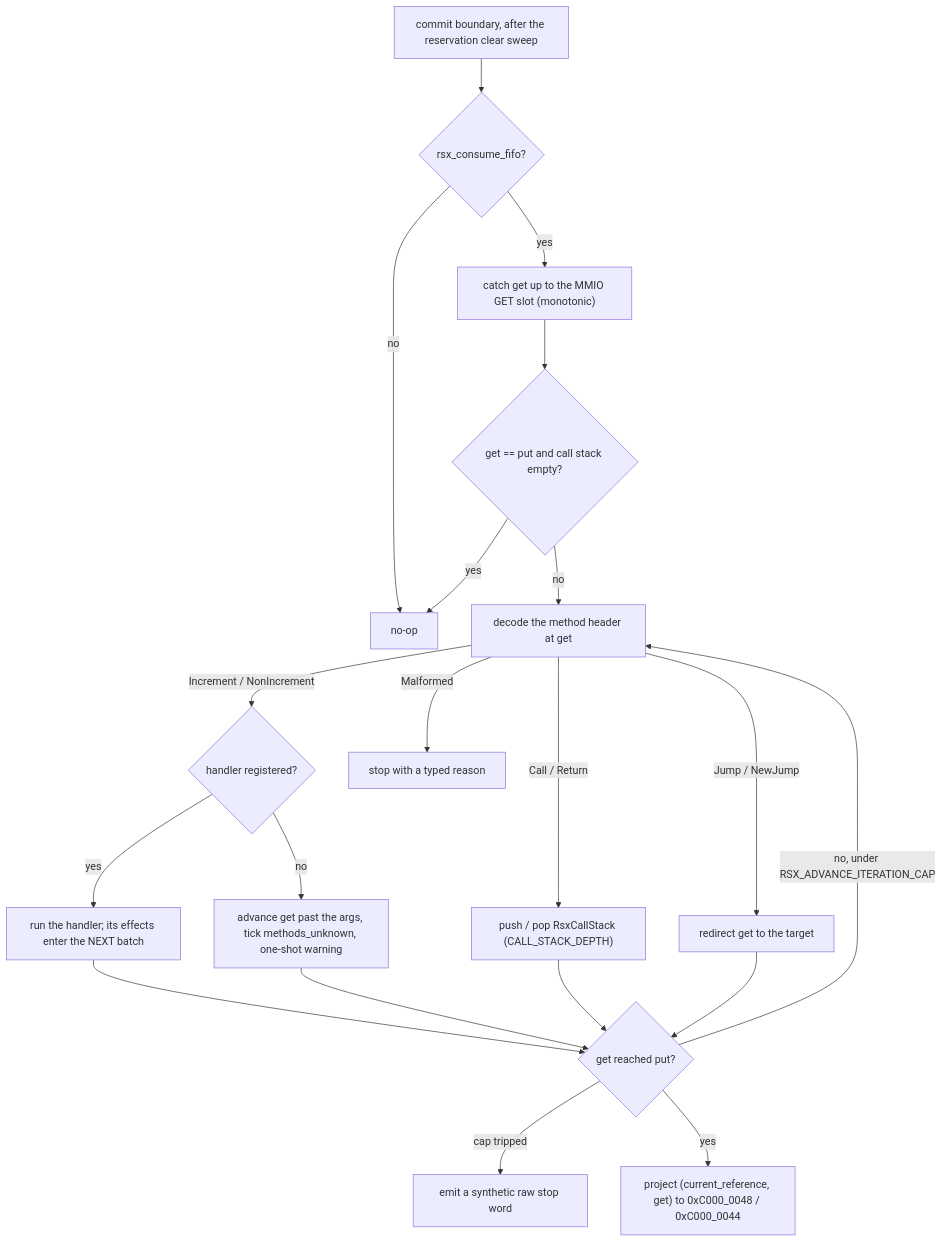
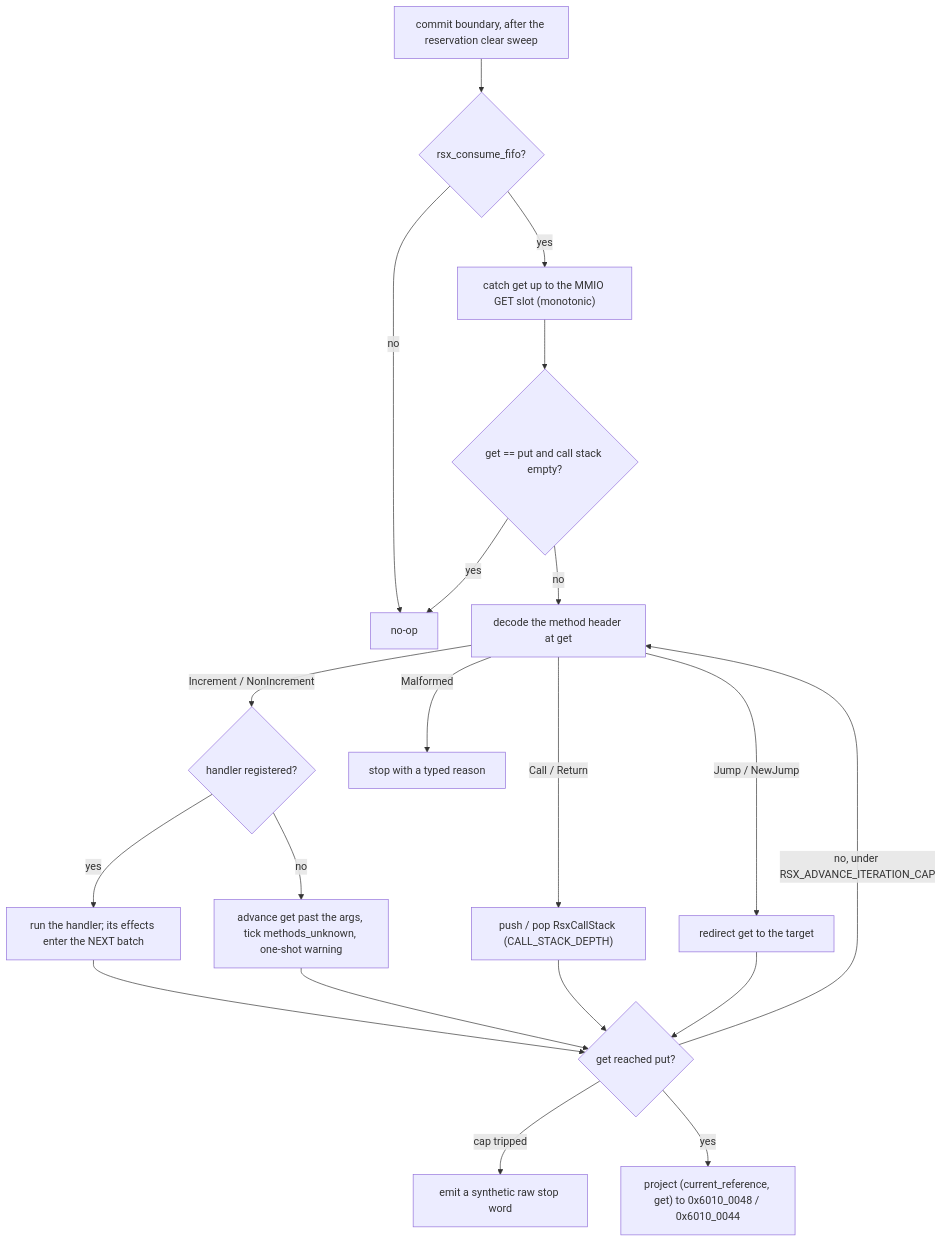
Before and after one commit to RoyalAce22/CellGov: the first of 2 diagrams in docs/architecture/rsx.md, drawn with Mermaid. The commit also changed other lines of this file and 37 other files, not shown here.

````diff
--- a/docs/architecture/rsx.md
+++ b/docs/architecture/rsx.md
@@ -82,22 +82,22 @@
 ```mermaid
 flowchart TD
   cb["commit boundary, after the reservation clear sweep"] --> gate{"rsx_consume_fifo?"}
   gate -->|no| skip["no-op"]
   gate -->|yes| catch["catch get up to the MMIO GET slot (monotonic)"]
   catch --> idle{"get == put and call stack empty?"}
   idle -->|yes| skip
   idle -->|no| hdr["decode the method header at get"]
   hdr -->|Increment / NonIncrement| reg{"handler registered?"}
   reg -->|yes| run["run the handler; its effects enter the NEXT batch"]
   reg -->|no| unk["advance get past the args, tick methods_unknown, one-shot warning"]
   hdr -->|Call / Return| stack["push / pop RsxCallStack (CALL_STACK_DEPTH)"]
   hdr -->|Jump / NewJump| jmp["redirect get to the target"]
   hdr -->|Malformed| stop["stop with a typed reason"]
   run --> more{"get reached put?"}
   unk --> more
   stack --> more
   jmp --> more
   more -->|"no, under RSX_ADVANCE_ITERATION_CAP"| hdr
   more -->|"cap tripped"| word["emit a synthetic raw stop word"]
-  more -->|yes| proj["project (current_reference, get) to 0xC000_0048 / 0xC000_0044"]
+  more -->|yes| proj["project (current_reference, get) to 0x6010_0048 / 0x6010_0044"]
 ```
````
